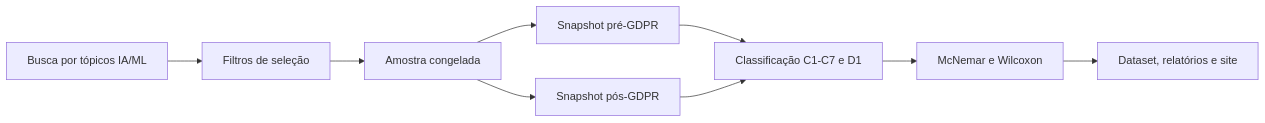
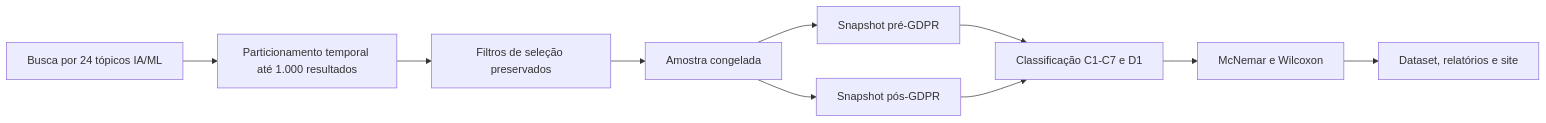
One commit to diegopn/github-ai-ml-privacy-documentation-gdpr changed the diagram in index.qmd. Above: the diagram before and after it, drawn with Mermaid. The commit also changed other lines of this file and 33 other files, not shown here.

````diff
--- a/index.qmd
+++ b/index.qmd
@@ -170,11 +227,12 @@
 ```{mermaid}
 flowchart LR
-  A[Busca por tópicos IA/ML] --> B[Filtros de seleção]
-  B --> C[Amostra congelada]
-  C --> D[Snapshot pré-GDPR]
-  C --> E[Snapshot pós-GDPR]
-  D --> F[Classificação C1-C7 e D1]
-  E --> F
-  F --> G[McNemar e Wilcoxon]
-  G --> H[Dataset, relatórios e site]
+  A[Busca por 24 tópicos IA/ML] --> B[Particionamento temporal até 1.000 resultados]
+  B --> C[Filtros de seleção preservados]
+  C --> D[Amostra congelada]
+  D --> E[Snapshot pré-GDPR]
+  D --> F[Snapshot pós-GDPR]
+  E --> G[Classificação C1-C7 e D1]
+  F --> G
+  G --> H[McNemar e Wilcoxon]
+  H --> I[Dataset, relatórios e site]
 ```
````
